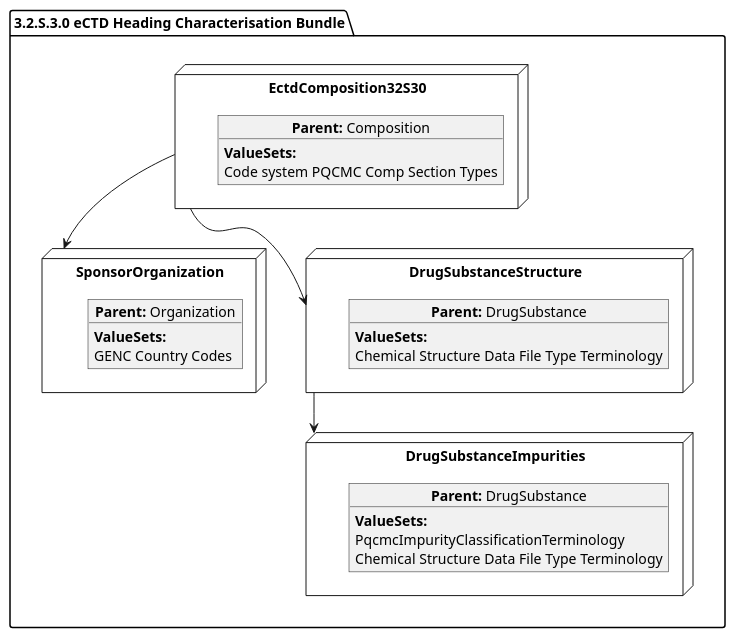
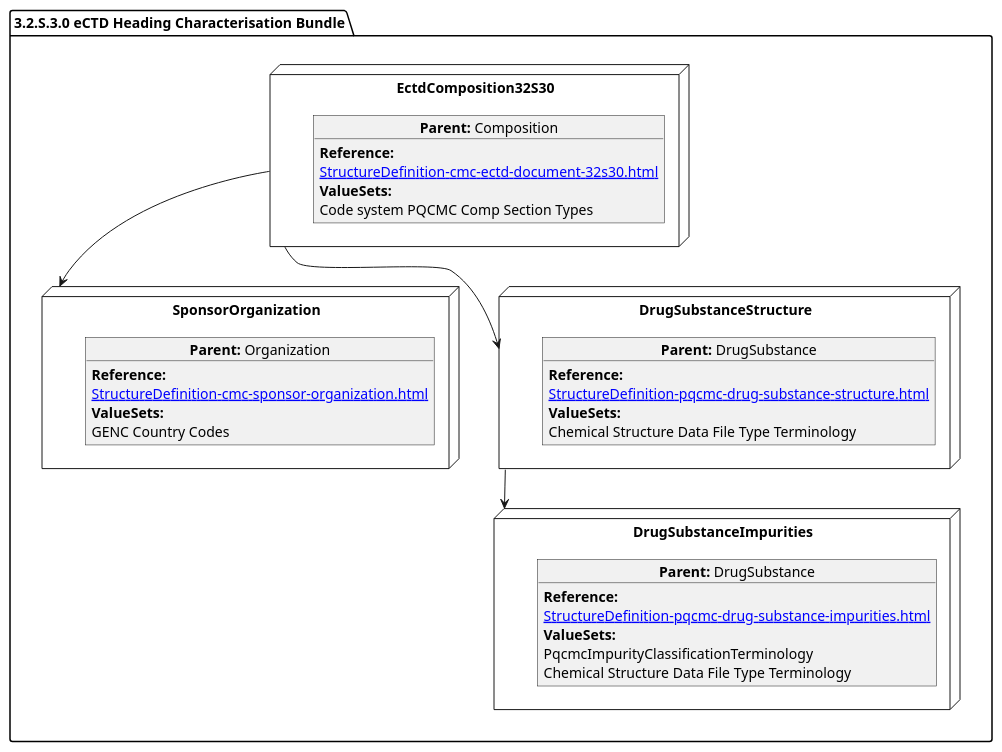
One commit to HL7/FHIR-us-pq-cmc-fda changed the diagram in input/images-source/SubstanceImpurity.plantuml. Above: the diagram before and after it, drawn with PlantUML. The commit also changed 40 other files, not shown here.

```diff
--- a/input/images-source/SubstanceImpurity.plantuml
+++ b/input/images-source/SubstanceImpurity.plantuml
@@ -1,40 +1,47 @@
 @startuml
 allowmixing
 'Mixed model of use case and object
 package "3.2.S.3.0 eCTD Heading Characterisation Bundle" as NODES {
   
 node "EctdComposition32S30" as N1 { 
       object "**Parent:** Composition" as obj1 {
+          **Reference:**
+      [[StructureDefinition-cmc-ectd-document-32s30.html]]
       **ValueSets:**
   Code system PQCMC Comp Section Types
     }
 }
  node "SponsorOrganization" as NSO { 
       object "**Parent:** Organization" as objAu {
+    **Reference:**
+      [[StructureDefinition-cmc-sponsor-organization.html]]
         **ValueSets:**
         GENC Country Codes
     }
 } 
   
   node "DrugSubstanceStructure" as NN { 
       object "**Parent:** DrugSubstance" as obj3 { 
-
+  **Reference:**
+      [[StructureDefinition-pqcmc-drug-substance-structure.html]]
         **ValueSets:**
       Chemical Structure Data File Type Terminology  
       }
   }
 
 node "DrugSubstanceImpurities" as N6 { 
       object "**Parent:** DrugSubstance" as obj2 {
+     **Reference:**
+      [[StructureDefinition-pqcmc-drug-substance-impurities.html]]
       **ValueSets:**
       PqcmcImpurityClassificationTerminology
       Chemical Structure Data File Type Terminology  
     }   
 }
 
 
 N1 --> NSO   
 NN --> N6
 N1 --> NN 
 }
 @enduml
```
